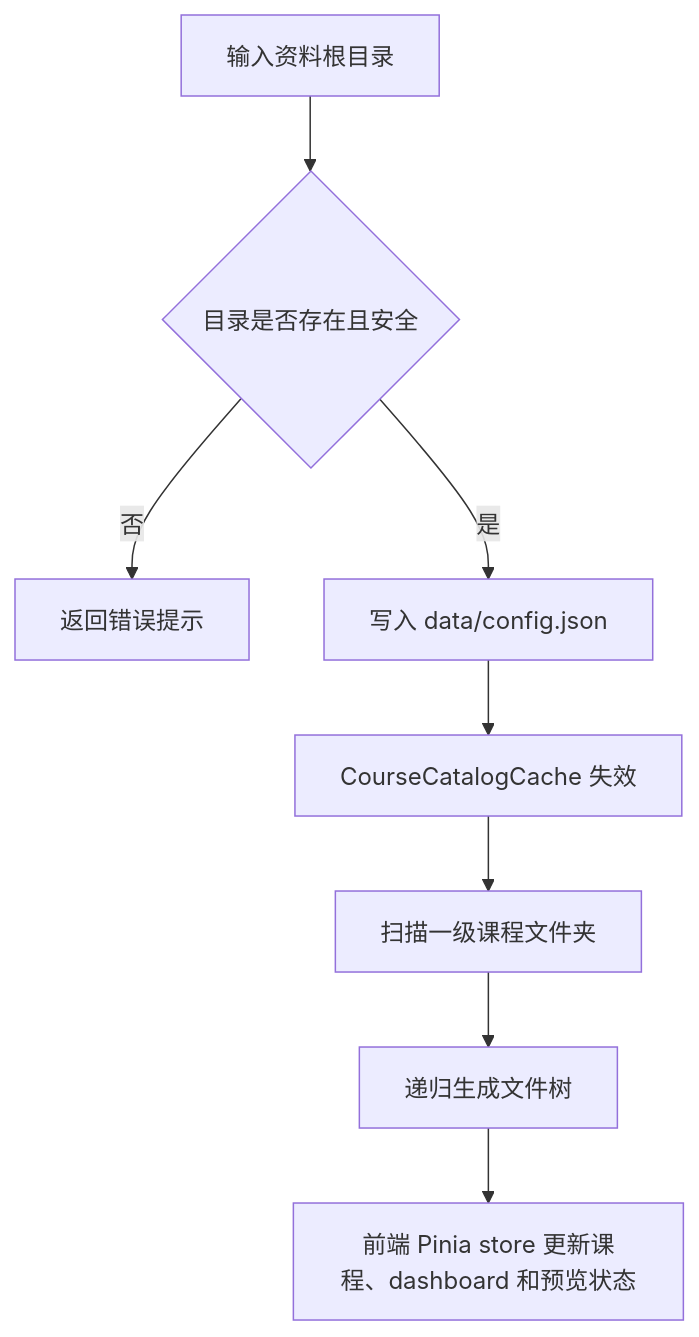
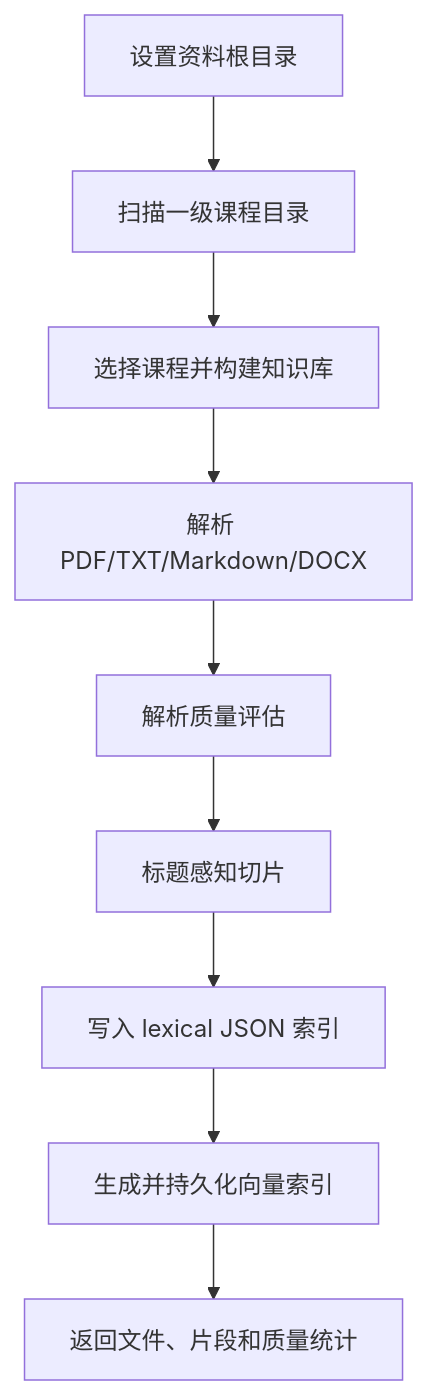
The second of 5 diagrams in docs/系统设计.md (LuMH1027/ai-learn-assistant), drawn with Mermaid before and after one commit. The commit also changed other lines of this file and 50 other files, not shown here.

````diff
--- a/docs/系统设计.md
+++ b/docs/系统设计.md
@@ -205,10 +45,11 @@
 ```mermaid
 flowchart TD
-    A["输入资料根目录"] --> B{"目录是否存在且安全"}
-    B -- 否 --> C["返回错误提示"]
-    B -- 是 --> D["写入 data/config.json"]
-    D --> E["CourseCatalogCache 失效"]
-    E --> F["扫描一级课程文件夹"]
-    F --> G["递归生成文件树"]
-    G --> H["前端 Pinia store 更新课程、dashboard 和预览状态"]
+    A["设置资料根目录"] --> B["扫描一级课程目录"]
+    B --> C["选择课程并构建知识库"]
+    C --> D["解析 PDF/TXT/Markdown/DOCX"]
+    D --> E["解析质量评估"]
+    E --> F["标题感知切片"]
+    F --> G["写入 lexical JSON 索引"]
+    G --> H["生成并持久化向量索引"]
+    H --> I["返回文件、片段和质量统计"]
 ```
````
